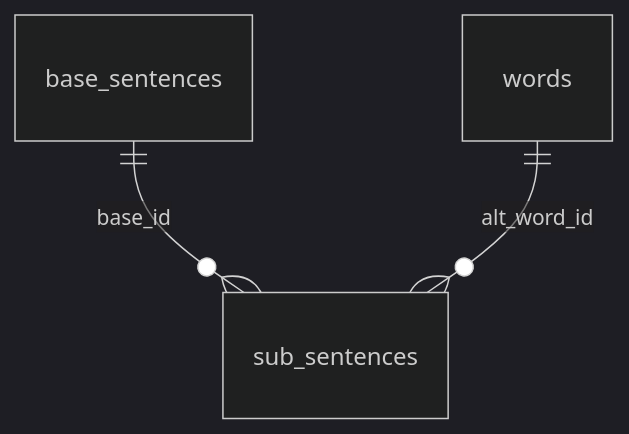
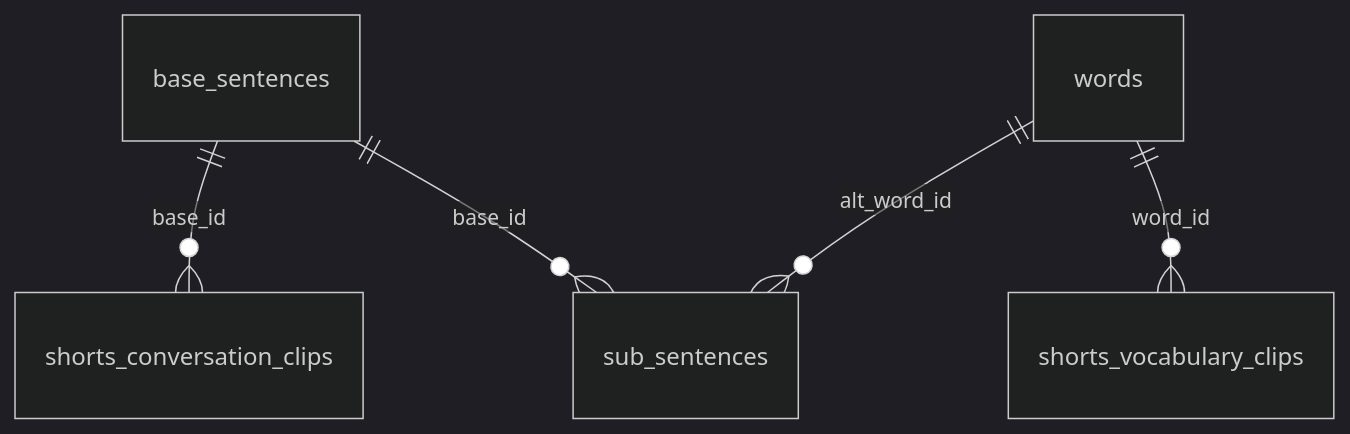
The diagram in docs/table_structure.md (curryboy371/LVPD_Studio), drawn with Mermaid (dark theme) before and after one commit. The commit also changed other lines of this file and 23 other files, not shown here.

````diff
--- a/docs/table_structure.md
+++ b/docs/table_structure.md
@@ -61,5 +97,7 @@
 ```mermaid
 erDiagram
     base_sentences ||--o{ sub_sentences : "base_id"
+    base_sentences ||--o{ shorts_conversation_clips : "base_id"
+    words ||--o{ shorts_vocabulary_clips : "word_id"
     words ||--o{ sub_sentences : "alt_word_id"
 ```
````
